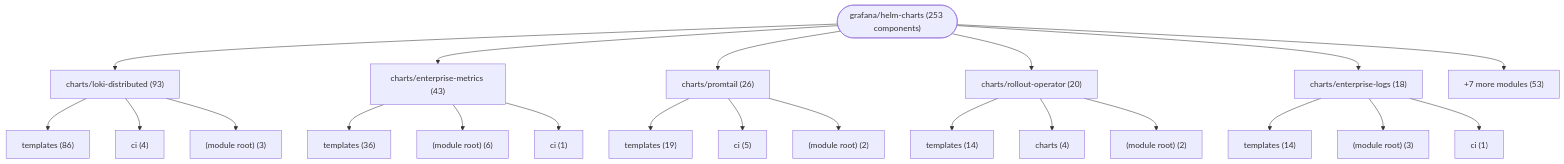
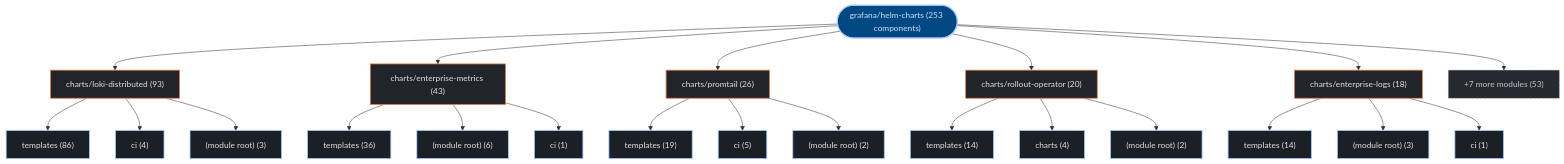
The first of 3 diagrams in exports/latest/reports/grafana-helm-charts-report.md (kumarshaz/atruss-code-atlas), drawn with Mermaid before and after one commit. The commit also changed other lines of this file and 331 other files, not shown here.

Commit message:
docs,ui,fix: update SDLC docs, reorder CI/CD DAG first, stylize Mermaid, and fix Arc42 pipeline topology

````diff
--- a/exports/latest/reports/grafana-helm-charts-report.md
+++ b/exports/latest/reports/grafana-helm-charts-report.md
@@ -42,46 +42,53 @@
 ```mermaid
 graph TD;
-    repo_root(["grafana/helm-charts (253 components)"])
-    dir_0_charts_loki_distributed["charts/loki-distributed (93)"]
+  classDef atlasRoot fill:#004882,stroke:#a3c9ff,stroke-width:2px,color:#d3e4ff
+  classDef atlasCategory fill:#212428,stroke:#E87A48,stroke-width:1.5px,color:#dfe3eb
+  classDef atlasWorkflow fill:#1b2026,stroke:#a3c9ff,stroke-width:1.5px,color:#dfe3eb
+  classDef atlasJob fill:#171c22,stroke:#8d9199,stroke-width:1px,color:#dfe3eb
+  classDef atlasTarget fill:#005227,stroke:#8bd99b,stroke-width:1.5px,color:#a7f6b6
+  classDef atlasAlert fill:#93000a,stroke:#ffb4ab,stroke-width:1.5px,color:#ffdad6
+  classDef atlasMore fill:#252a31,stroke:#8d9199,stroke-dasharray:4 4,color:#c3c6cf
+    repo_root(["grafana/helm-charts (253 components)"]):::atlasRoot
+    dir_0_charts_loki_distributed["charts/loki-distributed (93)"]:::atlasCategory
     repo_root --> dir_0_charts_loki_distributed
-    sub_0_0_templates["templates (86)"]
+    sub_0_0_templates["templates (86)"]:::atlasWorkflow
     dir_0_charts_loki_distributed --> sub_0_0_templates
-    sub_0_1_ci["ci (4)"]
+    sub_0_1_ci["ci (4)"]:::atlasWorkflow
     dir_0_charts_loki_distributed --> sub_0_1_ci
-    sub_0_2__module_root_["(module root) (3)"]
+    sub_0_2__module_root_["(module root) (3)"]:::atlasWorkflow
     dir_0_charts_loki_distributed --> sub_0_2__module_root_
-    dir_1_charts_enterprise_metrics["charts/enterprise-metrics (43)"]
+    dir_1_charts_enterprise_metrics["charts/enterprise-metrics (43)"]:::atlasCategory
     repo_root --> dir_1_charts_enterprise_metrics
-    sub_1_0_templates["templates (36)"]
+    sub_1_0_templates["templates (36)"]:::atlasWorkflow
     dir_1_charts_enterprise_metrics --> sub_1_0_templates
-    sub_1_1__module_root_["(module root) (6)"]
+    sub_1_1__module_root_["(module root) (6)"]:::atlasWorkflow
     dir_1_charts_enterprise_metrics --> sub_1_1__module_root_
-    sub_1_2_ci["ci (1)"]
+    sub_1_2_ci["ci (1)"]:::atlasWorkflow
     dir_1_charts_enterprise_metrics --> sub_1_2_ci
-    dir_2_charts_promtail["charts/promtail (26)"]
+    dir_2_charts_promtail["charts/promtail (26)"]:::atlasCategory
     repo_root --> dir_2_charts_promtail
-    sub_2_0_templates["templates (19)"]
+    sub_2_0_templates["templates (19)"]:::atlasWorkflow
     dir_2_charts_promtail --> sub_2_0_templates
-    sub_2_1_ci["ci (5)"]
+    sub_2_1_ci["ci (5)"]:::atlasWorkflow
     dir_2_charts_promtail --> sub_2_1_ci
-    sub_2_2__module_root_["(module root) (2)"]
+    sub_2_2__module_root_["(module root) (2)"]:::atlasWorkflow
     dir_2_charts_promtail --> sub_2_2__module_root_
-    dir_3_charts_rollout_operator["charts/rollout-operator (20)"]
+    dir_3_charts_rollout_operator["charts/rollout-operator (20)"]:::atlasCategory
     repo_root --> dir_3_charts_rollout_operator
-    sub_3_0_templates["templates (14)"]
+    sub_3_0_templates["templates (14)"]:::atlasWorkflow
     dir_3_charts_rollout_operator --> sub_3_0_templates
-    sub_3_1_charts["charts (4)"]
+    sub_3_1_charts["charts (4)"]:::atlasWorkflow
     dir_3_charts_rollout_operator --> sub_3_1_charts
-    sub_3_2__module_root_["(module root) (2)"]
+    sub_3_2__module_root_["(module root) (2)"]:::atlasWorkflow
     dir_3_charts_rollout_operator --> sub_3_2__module_root_
-    dir_4_charts_enterprise_logs["charts/enterprise-logs (18)"]
+    dir_4_charts_enterprise_logs["charts/enterprise-logs (18)"]:::atlasCategory
     repo_root --> dir_4_charts_enterprise_logs
-    sub_4_0_templates["templates (14)"]
+    sub_4_0_templates["templates (14)"]:::atlasWorkflow
     dir_4_charts_enterprise_logs --> sub_4_0_templates
-    sub_4_1__module_root_["(module root) (3)"]
+    sub_4_1__module_root_["(module root) (3)"]:::atlasWorkflow
     dir_4_charts_enterprise_logs --> sub_4_1__module_root_
-    sub_4_2_ci["ci (1)"]
+    sub_4_2_ci["ci (1)"]:::atlasWorkflow
     dir_4_charts_enterprise_logs --> sub_4_2_ci
-    dir_other_modules["+7 more modules (53)"]
+    dir_other_modules["+7 more modules (53)"]:::atlasMore
     repo_root --> dir_other_modules
 ```
````
